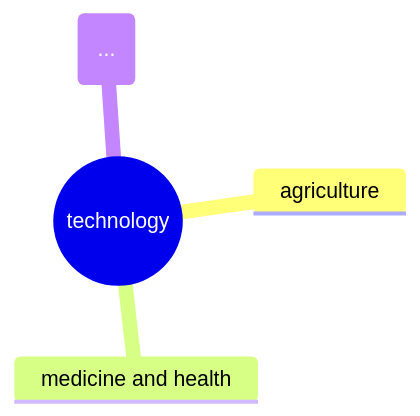
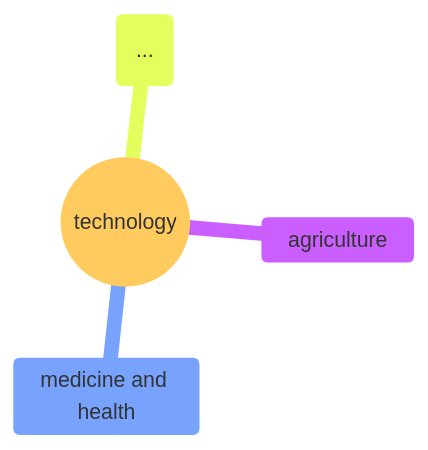
The eighth of 8 diagrams in docs/full_taxonomy.md (nimbinatus/taxonomy), drawn with Mermaid before and after one commit. The commit also changed other lines of this file, not shown here.

Commit message:
style(mermaid): clean up diagrams

````diff
--- a/docs/full_taxonomy.md
+++ b/docs/full_taxonomy.md
@@ -353,7 +405,15 @@
 ```mermaid
+---
+title: Technology
+config:
+    fontSize: 8
+    theme: base
+    mindmap:
+        maxNodeWidth: 100
+---
 mindmap
     root((technology))
         agriculture
         medicine and health
         id(...)
 ```
````
